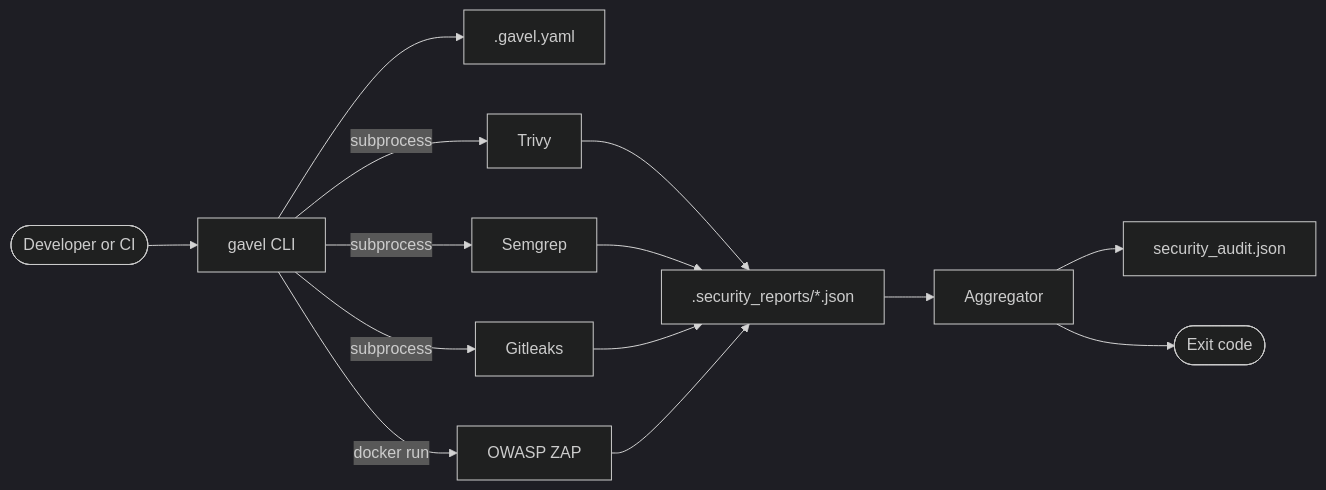
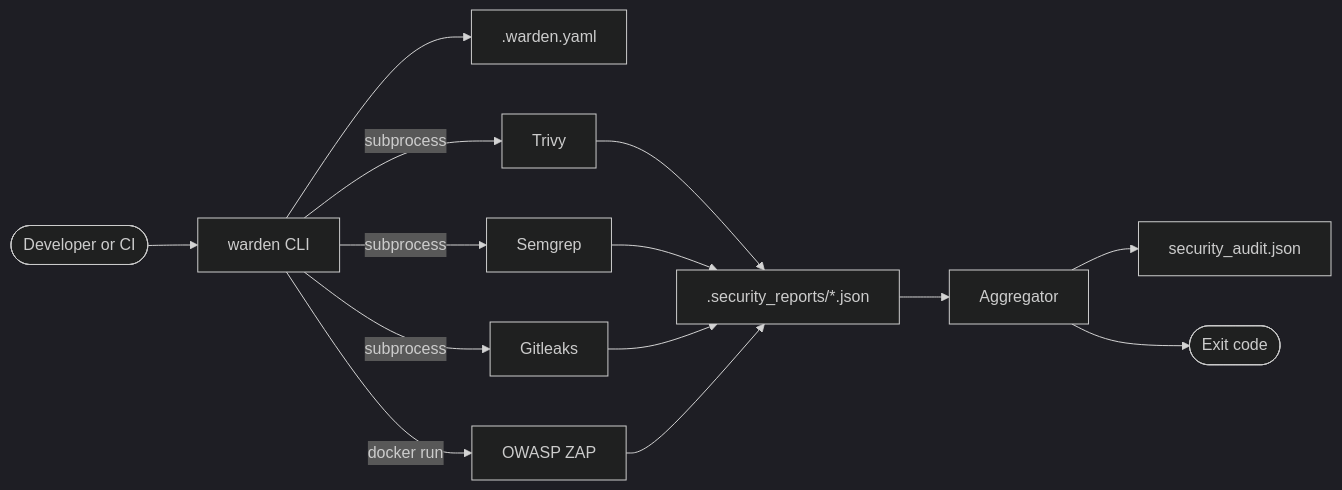
Before and after one commit to maltemindedal/solosec: the diagram in docs/architecture/overview.md, drawn with Mermaid (dark theme). The commit also changed other lines of this file and 35 other files, not shown here.

First line of the commit message:
refactor: rename project from Gavel to Warden

````diff
--- a/docs/architecture/overview.md
+++ b/docs/architecture/overview.md
@@ -9,16 +9,16 @@
 ```mermaid
 flowchart LR
-    user([Developer or CI]) --> cli[gavel CLI]
-    cli --> cfg[".gavel.yaml"]
+    user([Developer or CI]) --> cli[warden CLI]
+    cli --> cfg[".warden.yaml"]
     cli -->|subprocess| trivy[Trivy]
     cli -->|subprocess| semgrep[Semgrep]
     cli -->|subprocess| gitleaks[Gitleaks]
     cli -->|docker run| zap[OWASP ZAP]
     trivy --> reports[".security_reports/*.json"]
     semgrep --> reports
     gitleaks --> reports
     zap --> reports
     reports --> agg[Aggregator]
     agg --> json["security_audit.json"]
     agg --> exit([Exit code])
 ```
````
